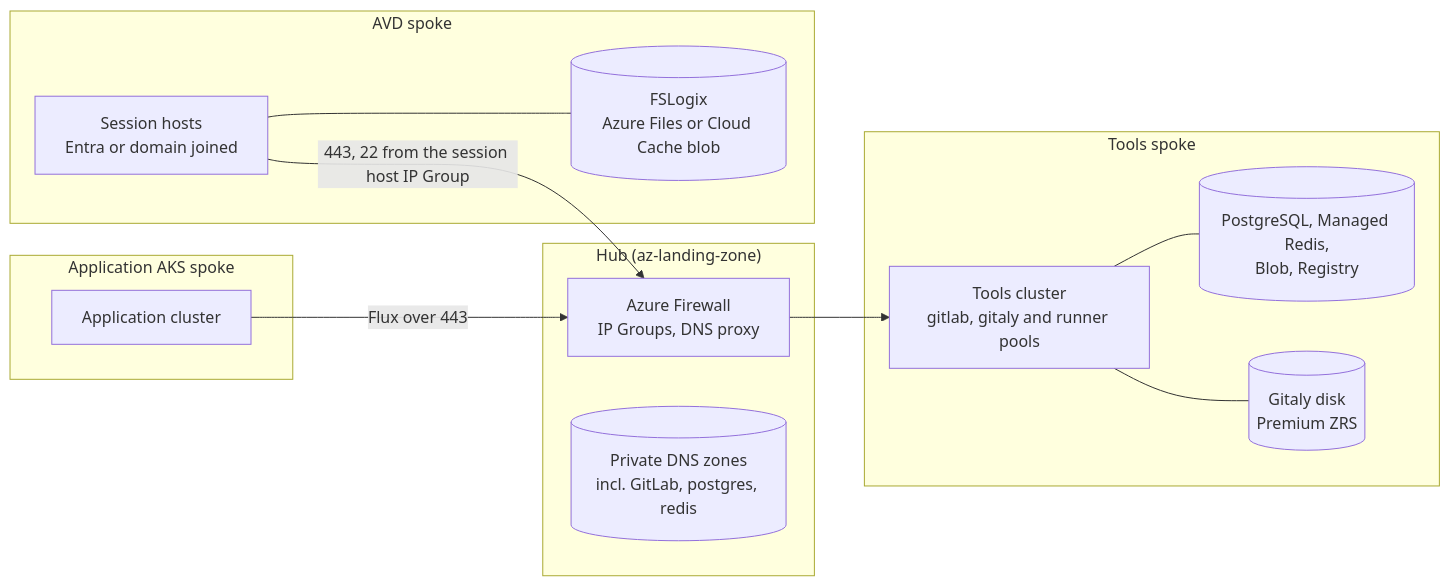
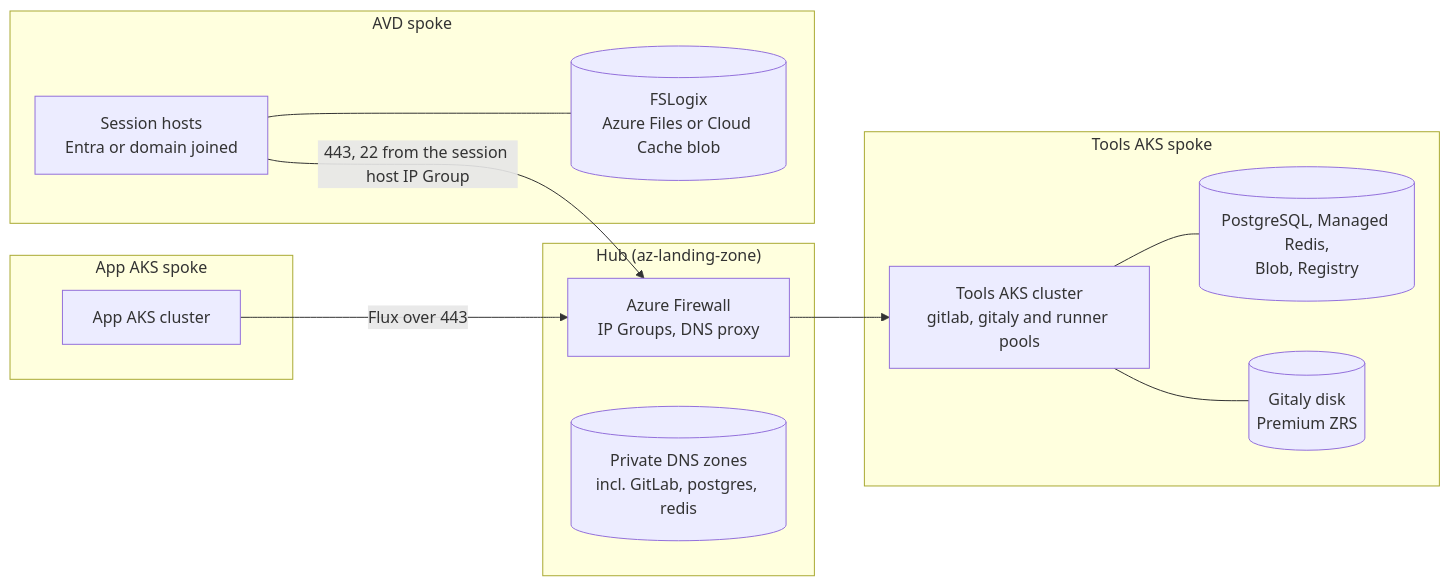
Before and after one commit to mipapi1/azure-infrastructure: the diagram in docs/diagrams/src/arch-tools-traffic.mmd, drawn with Mermaid. The commit also changed 15 other files, not shown here.

Commit message:
docs: label app and tools AKS spokes, explain two-cluster design

```diff
--- a/docs/diagrams/src/arch-tools-traffic.mmd
+++ b/docs/diagrams/src/arch-tools-traffic.mmd
@@ -1,29 +1,29 @@
 flowchart LR
   subgraph hub["Hub (az-landing-zone)"]
     afw[Azure Firewall<br/>IP Groups, DNS proxy]
     zones[(Private DNS zones<br/>incl. GitLab, postgres, redis)]
   end
   subgraph avd["AVD spoke"]
     hosts[Session hosts<br/>Entra or domain joined]
     prof[(FSLogix<br/>Azure Files or Cloud Cache blob)]
   end
-  subgraph app["Application AKS spoke"]
-    appaks[Application cluster]
+  subgraph app["App AKS spoke"]
+    appaks[App AKS cluster]
   end
-  subgraph tools["Tools spoke"]
-    toolsaks[Tools cluster<br/>gitlab, gitaly and runner pools]
+  subgraph tools["Tools AKS spoke"]
+    toolsaks[Tools AKS cluster<br/>gitlab, gitaly and runner pools]
     data[(PostgreSQL, Managed Redis,<br/>Blob, Registry)]
     gvm[(Gitaly disk<br/>Premium ZRS)]
   end
   hosts -->|443, 22 from the session host IP Group| afw --> toolsaks
   appaks -->|Flux over 443| afw
   toolsaks --- data & gvm
   hosts --- prof
 
   class afw sec
   class zones,prof,data,gvm data
   class hosts,appaks net
   class toolsaks ci
   class hub z-sec
   class avd,app z-net
   class tools z-ci
```
